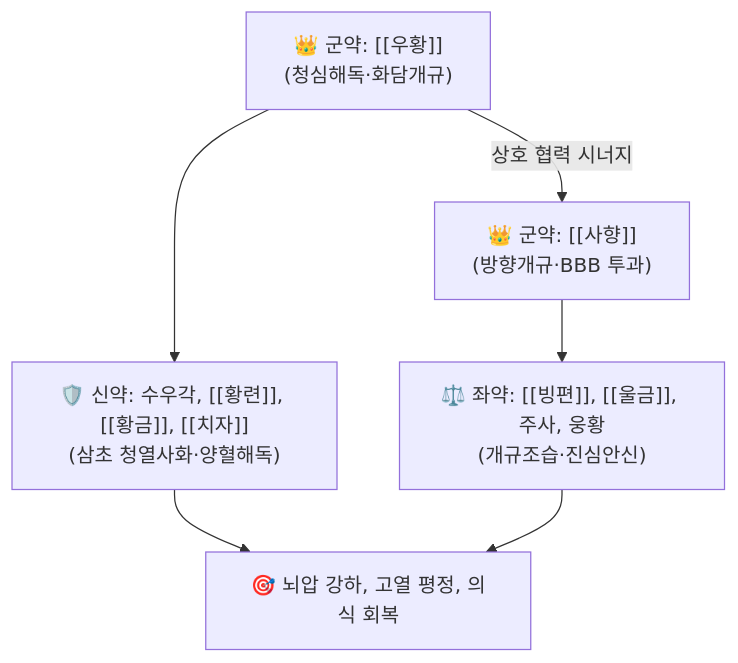
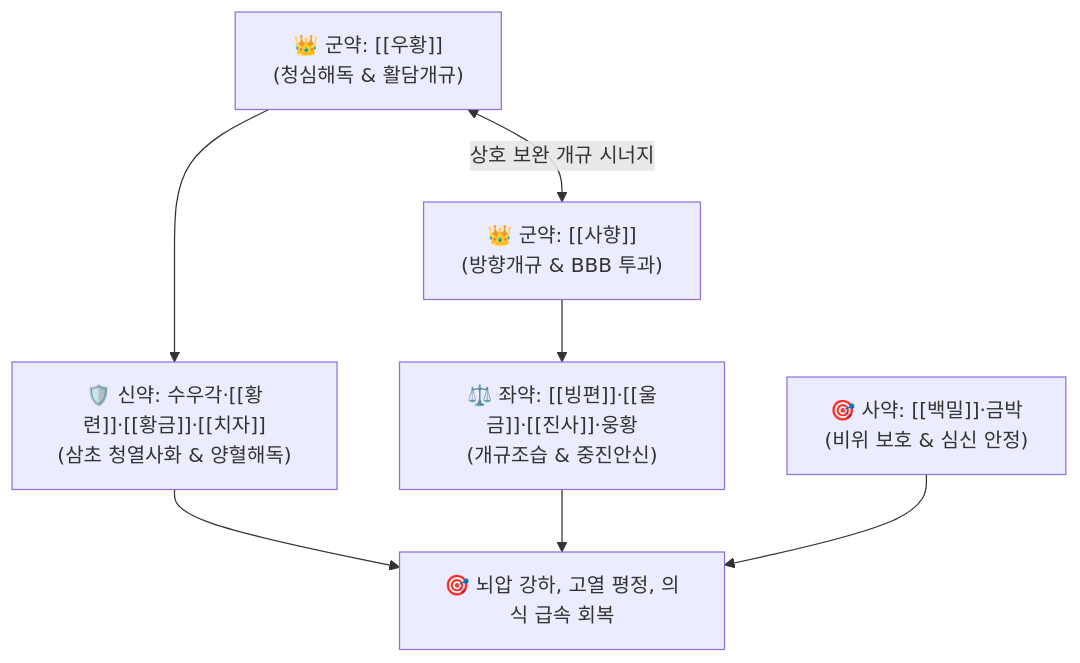
One commit to simbio11/simbio-digital-garden2 changed the diagram in content/2. 약리 공부/처방/08_치풍·안신·개규제/안궁우황환.md. Above: the diagram before and after it, drawn with Mermaid. The commit also changed other lines of this file and 799 other files, not shown here.

````diff
--- a/content/2. 약리 공부/처방/08_치풍·안신·개규제/안궁우황환.md
+++ b/content/2. 약리 공부/처방/08_치풍·안신·개규제/안궁우황환.md
@@ -44,8 +48,9 @@
 ```mermaid
 graph TD
-    Gun1["👑 군약: [[우황]]<br>(청심해독·화담개규)"] -->|상호 협력 시너지| Gun2["👑 군약: [[사향]]<br>(방향개규·BBB 투과)"]
-    Gun1 --> Sin["🛡️ 신약: 수우각, [[황련]], [[황금]], [[치자]]<br>(삼초 청열사화·양혈해독)"]
-    Gun2 --> Jwa["⚖️ 좌약: [[빙편]], [[울금]], 주사, 웅황<br>(개규조습·진심안신)"]
-    Sin --> Goal["🎯 뇌압 강하, 고열 평정, 의식 회복"]
+    Gun1["👑 군약: [[우황]]<br>(청심해독 & 활담개규)"] <-->|상호 보완 개규 시너지| Gun2["👑 군약: [[사향]]<br>(방향개규 & BBB 투과)"]
+    Gun1 --> Sin["🛡️ 신약: 수우각·[[황련]]·[[황금]]·[[치자]]<br>(삼초 청열사화 & 양혈해독)"]
+    Gun2 --> Jwa["⚖️ 좌약: [[빙편]]·[[울금]]·[[진사]]·웅황<br>(개규조습 & 중진안신)"]
+    Sin --> Goal["🎯 뇌압 강하, 고열 평정, 의식 급속 회복"]
     Jwa --> Goal
+    Sa["🎯 사약: [[백밀]]·금박<br>(비위 보호 & 심신 안정)"] --> Goal
 ```
````
